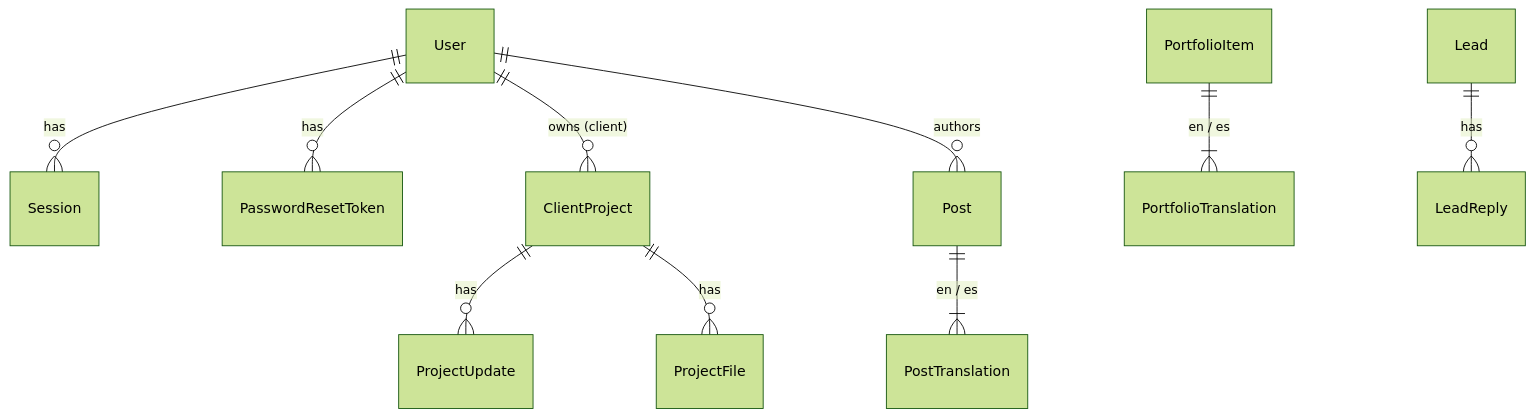
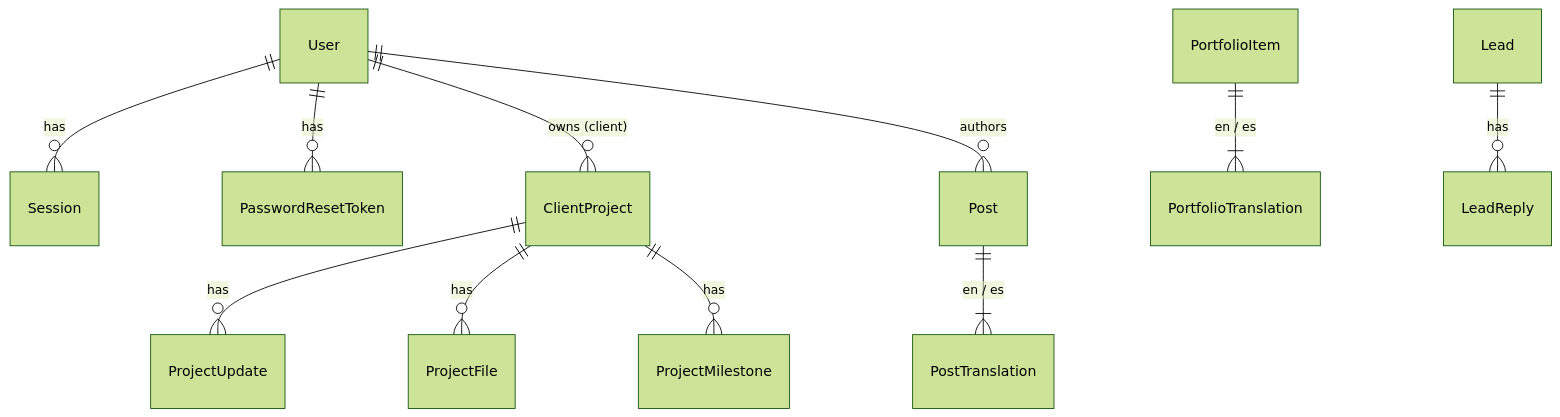
One commit to Codeqlick/Codeqlick changed the second of 3 diagrams in docs/architecture.md. Above: the diagram before and after it, drawn with Mermaid (forest theme). The commit also changed other lines of this file and 21 other files, not shown here.

Commit message:
feat(projects): milestones with a timeline in the client portal

````diff
--- a/docs/architecture.md
+++ b/docs/architecture.md
@@ -116,12 +116,13 @@
 ```mermaid
 erDiagram
   User ||--o{ Session : has
   User ||--o{ PasswordResetToken : has
   User ||--o{ ClientProject : "owns (client)"
   User ||--o{ Post : authors
   ClientProject ||--o{ ProjectUpdate : has
   ClientProject ||--o{ ProjectFile : has
+  ClientProject ||--o{ ProjectMilestone : has
   Post ||--|{ PostTranslation : "en / es"
   PortfolioItem ||--|{ PortfolioTranslation : "en / es"
   Lead ||--o{ LeadReply : has
 ```
````
